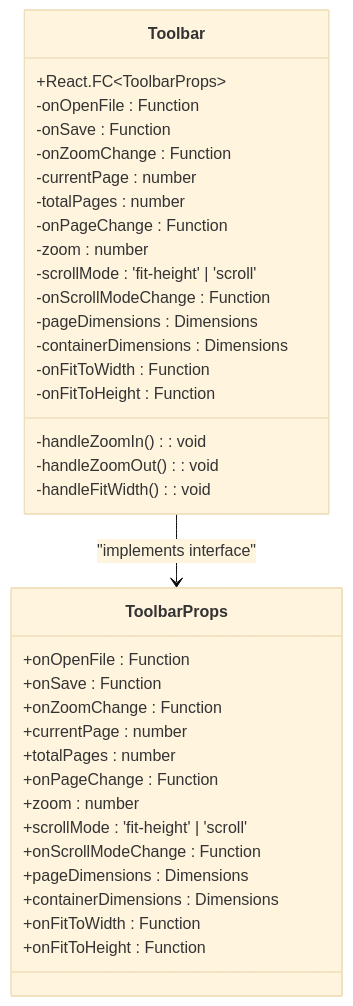
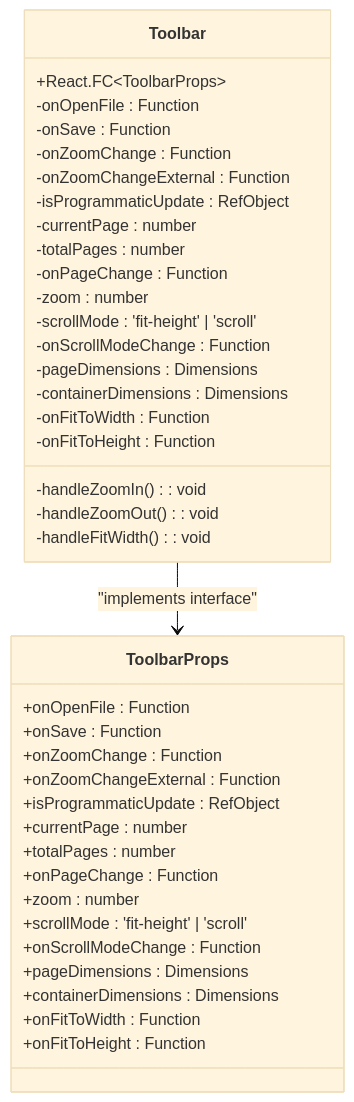
One commit to Chunde/SciPDFReader changed the eighth of 12 diagrams in .qoder/repowiki/en/content/Core Components/PDF Viewer Enhancement.md. Above: the diagram before and after it, drawn with Mermaid (base theme). The commit also changed other lines of this file and 3 other files, not shown here.

````diff
--- a/.qoder/repowiki/en/content/Core Components/PDF Viewer Enhancement.md
+++ b/.qoder/repowiki/en/content/Core Components/PDF Viewer Enhancement.md
@@ -450,38 +465,42 @@
 ```mermaid
 classDiagram
 class Toolbar {
 +React.FC~ToolbarProps~
 -onOpenFile : Function
 -onSave : Function
 -onZoomChange : Function
+-onZoomChangeExternal : Function
+-isProgrammaticUpdate : RefObject<boolean>
 -currentPage : number
 -totalPages : number
 -onPageChange : Function
 -zoom : number
 -scrollMode : 'fit-height' | 'scroll'
 -onScrollModeChange : Function
 -pageDimensions : Dimensions
 -containerDimensions : Dimensions
 -onFitToWidth : Function
 -onFitToHeight : Function
 -handleZoomIn() : void
 -handleZoomOut() : void
 -handleFitWidth() : void
 }
 class ToolbarProps {
 +onOpenFile : Function
 +onSave : Function
 +onZoomChange : Function
++onZoomChangeExternal : Function
++isProgrammaticUpdate : RefObject<boolean>
 +currentPage : number
 +totalPages : number
 +onPageChange : Function
 +zoom : number
 +scrollMode : 'fit-height' | 'scroll'
 +onScrollModeChange : Function
 +pageDimensions : Dimensions
 +containerDimensions : Dimensions
 +onFitToWidth : Function
 +onFitToHeight : Function
 }
 Toolbar --> ToolbarProps : "implements interface"
 ```
````
